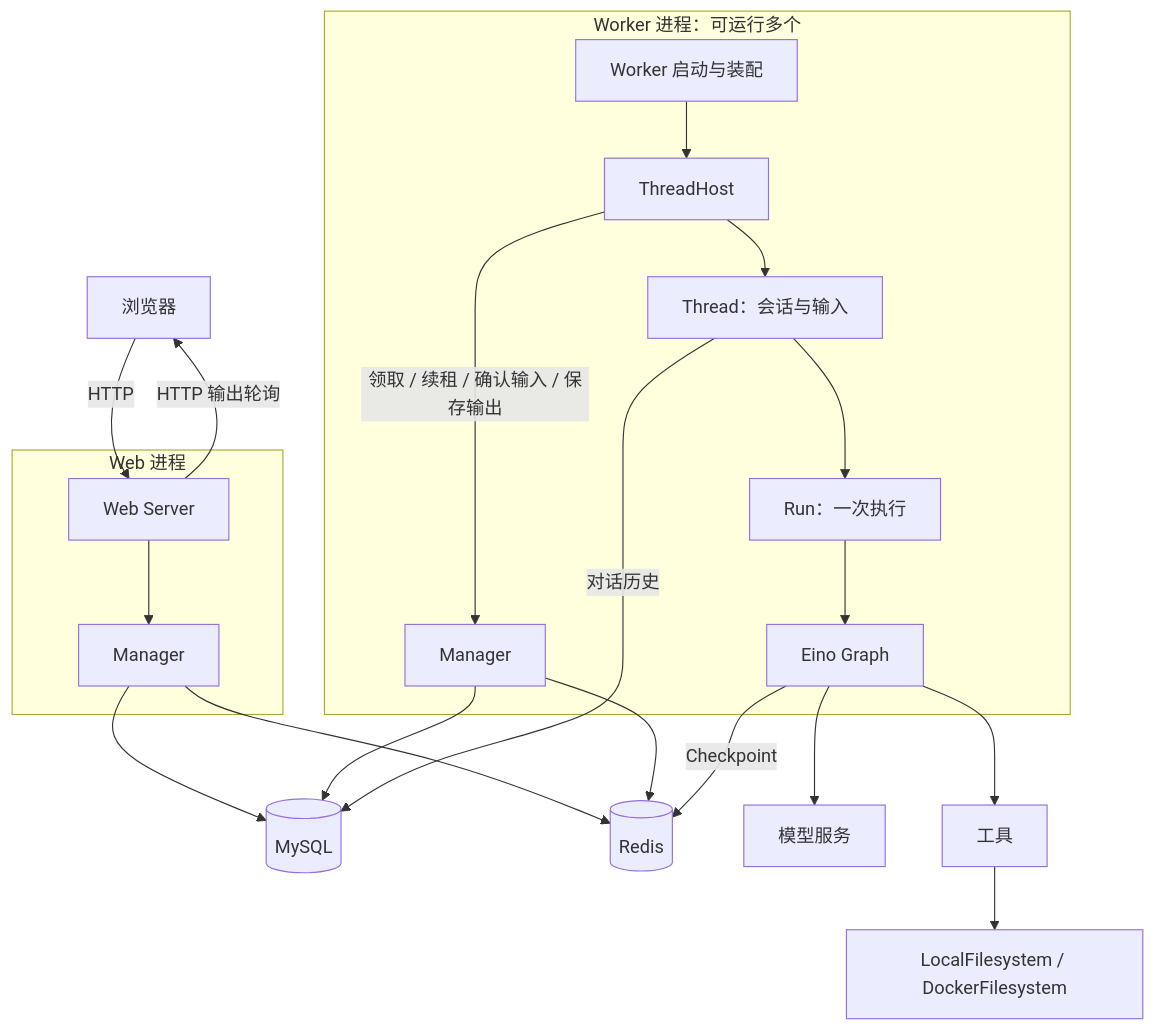
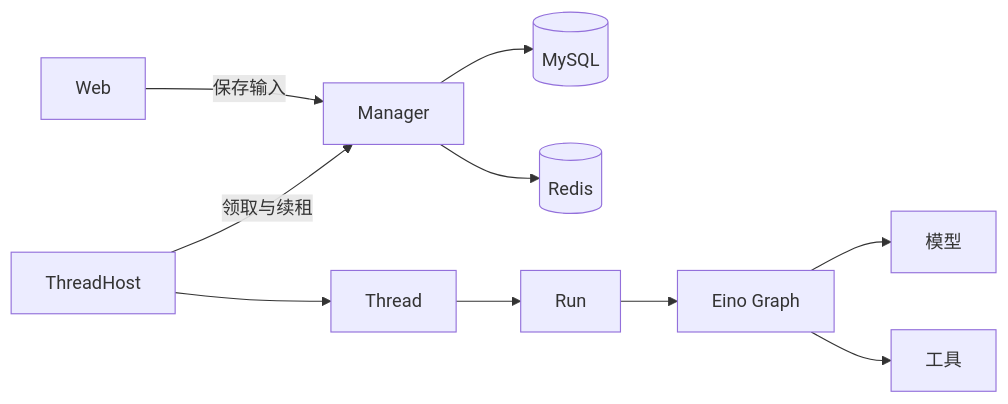
The diagram in README.md (doinglaundry/deepagent), drawn with Mermaid before and after one commit. The commit also changed other lines of this file and 2 other files, not shown here.

````diff
--- a/README.md
+++ b/README.md
@@ -88,27 +70,10 @@
 ```mermaid
-flowchart TB
-    Browser[浏览器] -->|HTTP| Web
-    Web -->|HTTP 输出轮询| Browser
-
-    subgraph WebProcess[Web 进程]
-        Web[Web Server] --> WM[Manager]
-    end
-
-    subgraph WorkerProcess[Worker 进程：可运行多个]
-        Worker[Worker 启动与装配] --> Host[ThreadHost]
-        Host -->|领取 / 续租 / 确认输入 / 保存输出| RM[Manager]
-        Host --> Thread[Thread：会话与输入]
-        Thread --> Run[Run：一次执行]
-        Run --> Graph[Eino Graph]
-    end
-
-    WM --> MySQL[(MySQL)]
-    WM --> Redis[(Redis)]
-    RM --> MySQL
-    RM --> Redis
-    Thread -->|对话历史| MySQL
-    Graph -->|Checkpoint| Redis
-    Graph --> Model[模型服务]
+flowchart LR
+    Web -->|保存输入| Manager
+    ThreadHost -->|领取与续租| Manager
+    Manager --> MySQL[(MySQL)]
+    Manager --> Redis[(Redis)]
+    ThreadHost --> Thread --> Run --> Graph[Eino Graph]
+    Graph --> Model[模型]
     Graph --> Tools[工具]
-    Tools --> FS[LocalFilesystem / DockerFilesystem]
 ```
````
